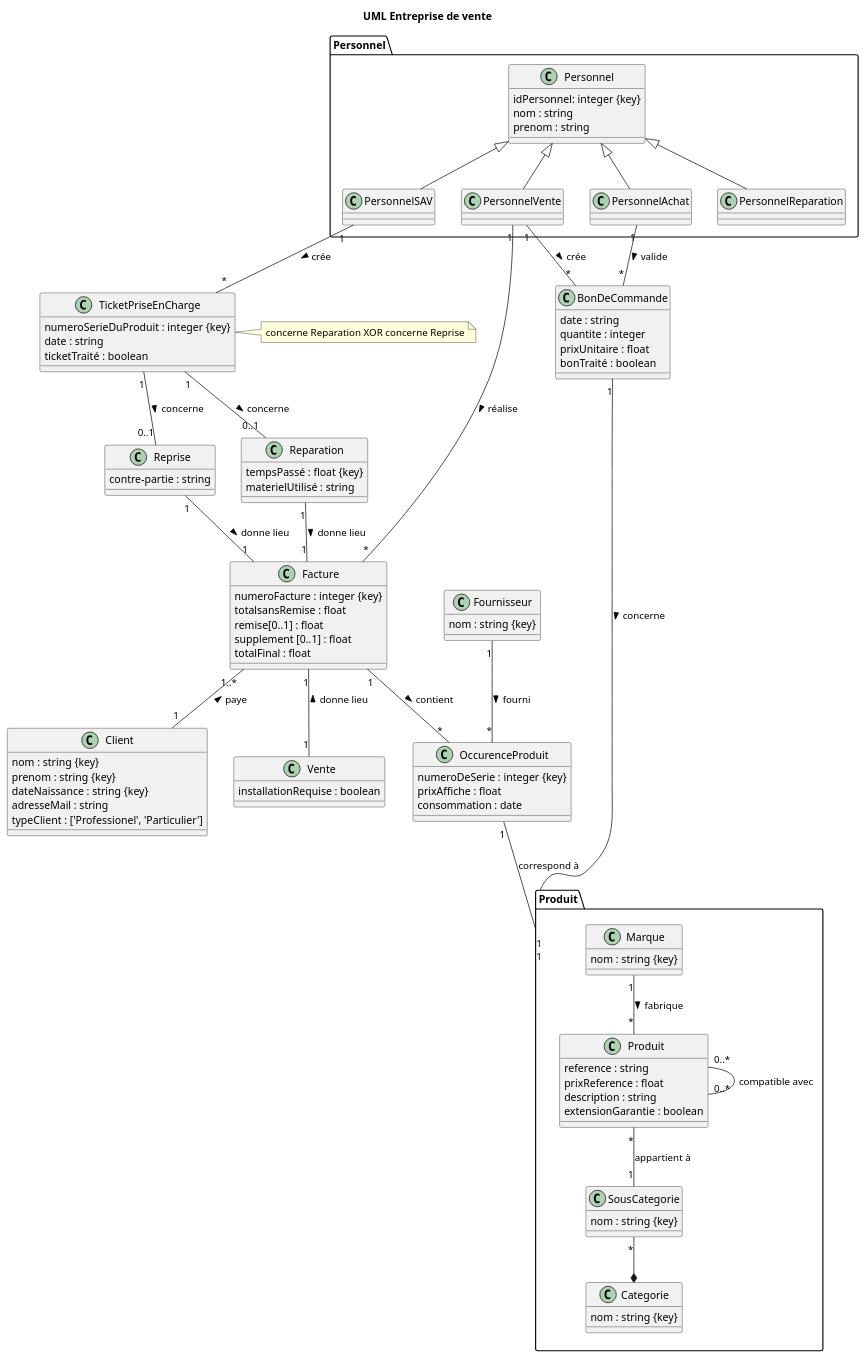
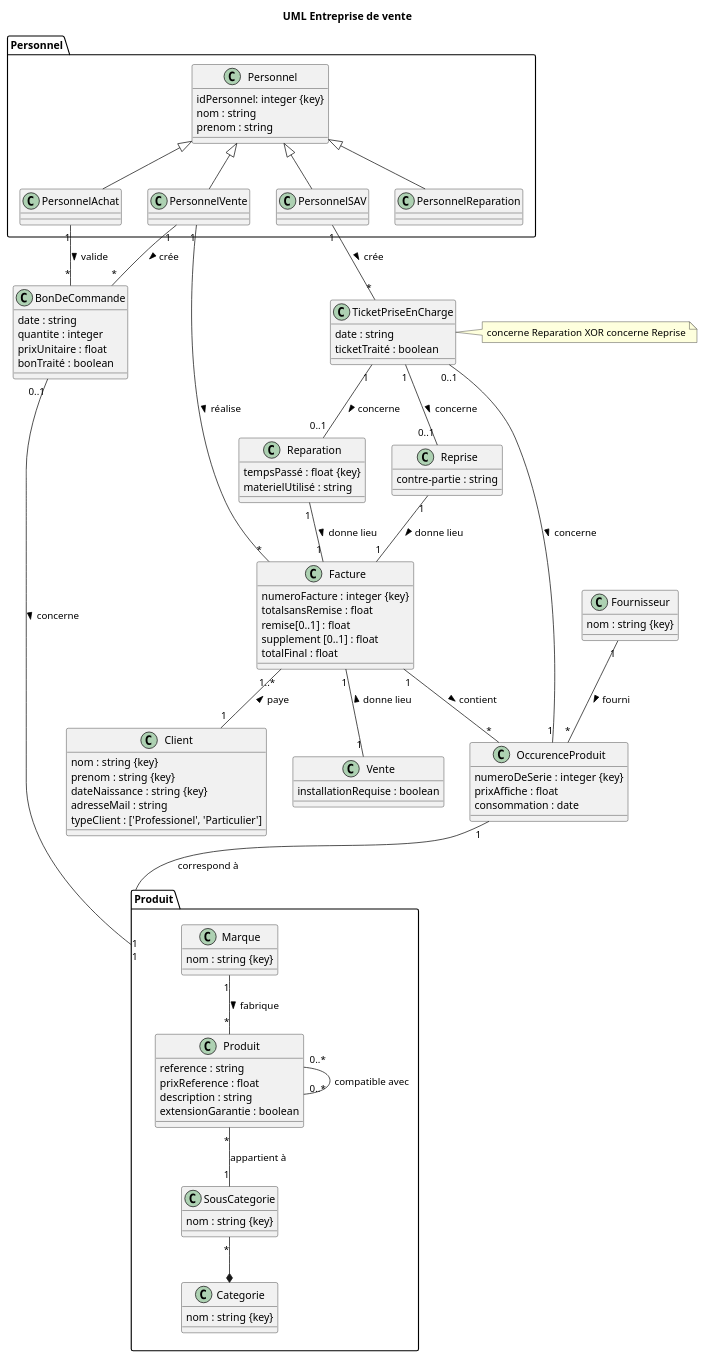
Before and after one commit to mariaidrissi/Entreprise-de-vente: the diagram in MCD.plantuml, drawn with PlantUML.

Commit message:
Update ticket prise en charge concerne occurence MCD.plantuml

```diff
--- a/MCD.plantuml
+++ b/MCD.plantuml
@@ -1,136 +1,136 @@
 @startuml
 title UML Entreprise de vente
 
 package Produit {
 
 Produit "0..*" --  "0..*" Produit : compatible avec
 class Produit {
   reference : string
   prixReference : float
   description : string
   extensionGarantie : boolean
 }
 
 Marque "1" -- "*" Produit : fabrique >
 
 class Marque {
 	nom : string {key}
 }
 
 class Categorie {
 	nom : string {key}
 }
 
 class SousCategorie {
 	nom : string {key}
 }
 
 SousCategorie "*" --* Categorie
 Produit  "*" -- "1" SousCategorie : appartient à
 
 }
 
 class OccurenceProduit {
   numeroDeSerie : integer {key}
   prixAffiche : float
   consommation : date
 }
 
 OccurenceProduit  "1" -- "1" Produit : correspond à
 
 class Fournisseur {
 	nom : string {key}
 }
 
 Fournisseur "1" -- "*" OccurenceProduit : fourni >
 
 class Facture {
   numeroFacture : integer {key}
   totalsansRemise : float 
   remise[0..1] : float
   supplement [0..1] : float
   totalFinal : float
 }
 
 
 class Client { 
   nom : string {key}
   prenom : string {key}
   dateNaissance : string {key}
   adresseMail : string
   typeClient : ['Professionel', 'Particulier']
 }
 Facture "1..*" -- "1" Client : paye <
 
 Facture "1" -- "*" OccurenceProduit : contient >
 
 
 package Personnel {
   
 class Personnel {
   idPersonnel: integer {key}
   nom : string 
   prenom : string 
 }
 
 class PersonnelAchat{
 }
 
 class PersonnelVente{
 }
 
 class PersonnelSAV{
 }
 
 class PersonnelReparation{
 }
 
 Personnel <|-- PersonnelAchat
 Personnel <|-- PersonnelVente
 Personnel <|-- PersonnelReparation
 Personnel <|-- PersonnelSAV
 }
 
 PersonnelVente "1" -- "*" Facture : réalise >
 PersonnelSAV "1" -- "*" TicketPriseEnCharge : crée >
 PersonnelAchat "1" -- "*" BonDeCommande : valide >
 PersonnelVente "1" -- "*" BonDeCommande : crée >
 
 class TicketPriseEnCharge {
-  numeroSerieDuProduit : integer {key}
   date : string 
   ticketTraité : boolean
 }
+TicketPriseEnCharge "0..1" -- "1" OccurenceProduit: concerne >
 
 class BonDeCommande {
   date : string
   quantite : integer
   prixUnitaire : float
   bonTraité : boolean
 }
 
-BonDeCommande "1" -- "1" Produit: concerne >
+BonDeCommande "0..1" -- "1" Produit: concerne >
 
 class Reparation  {
   tempsPassé : float {key}
   materielUtilisé : string
 }
 
 class Reprise  {
   contre-partie : string
 }
 
 
 note right of TicketPriseEnCharge
     concerne Reparation XOR concerne Reprise
 end note
 TicketPriseEnCharge "1" -- "0..1" Reparation : concerne >
 Reparation "1" -- "1" Facture : donne lieu >
 TicketPriseEnCharge "1" -- "0..1" Reprise : concerne >
 Reprise "1" -- "1" Facture : donne lieu >
 
 Facture "1" -- "1" Vente : donne lieu <
 class Vente  {
   installationRequise : boolean 
 }
 @enduml
```
